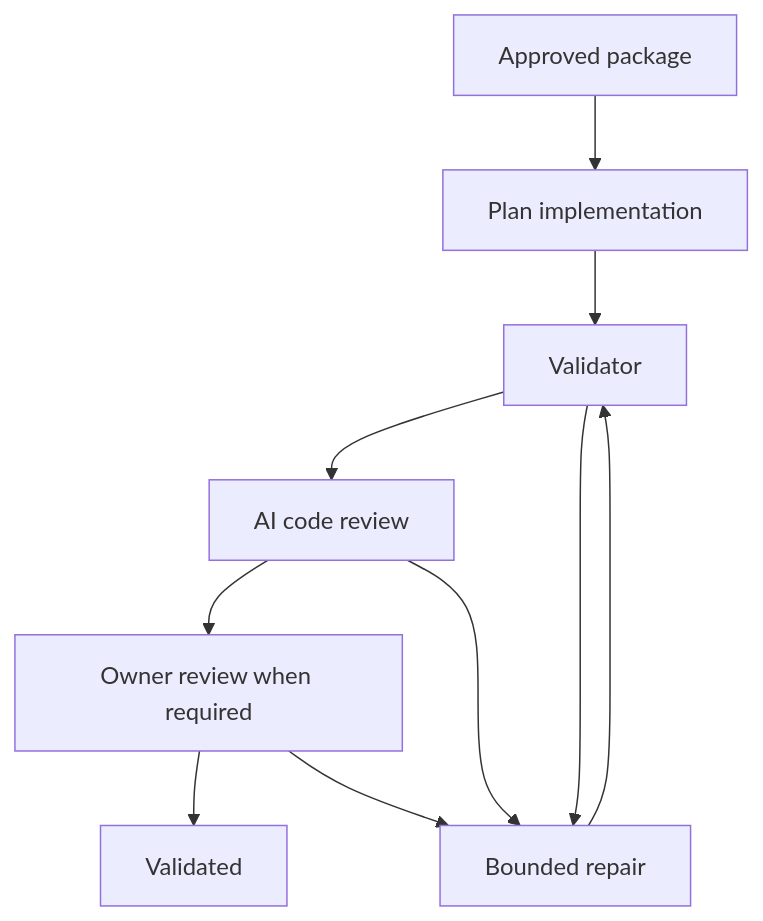
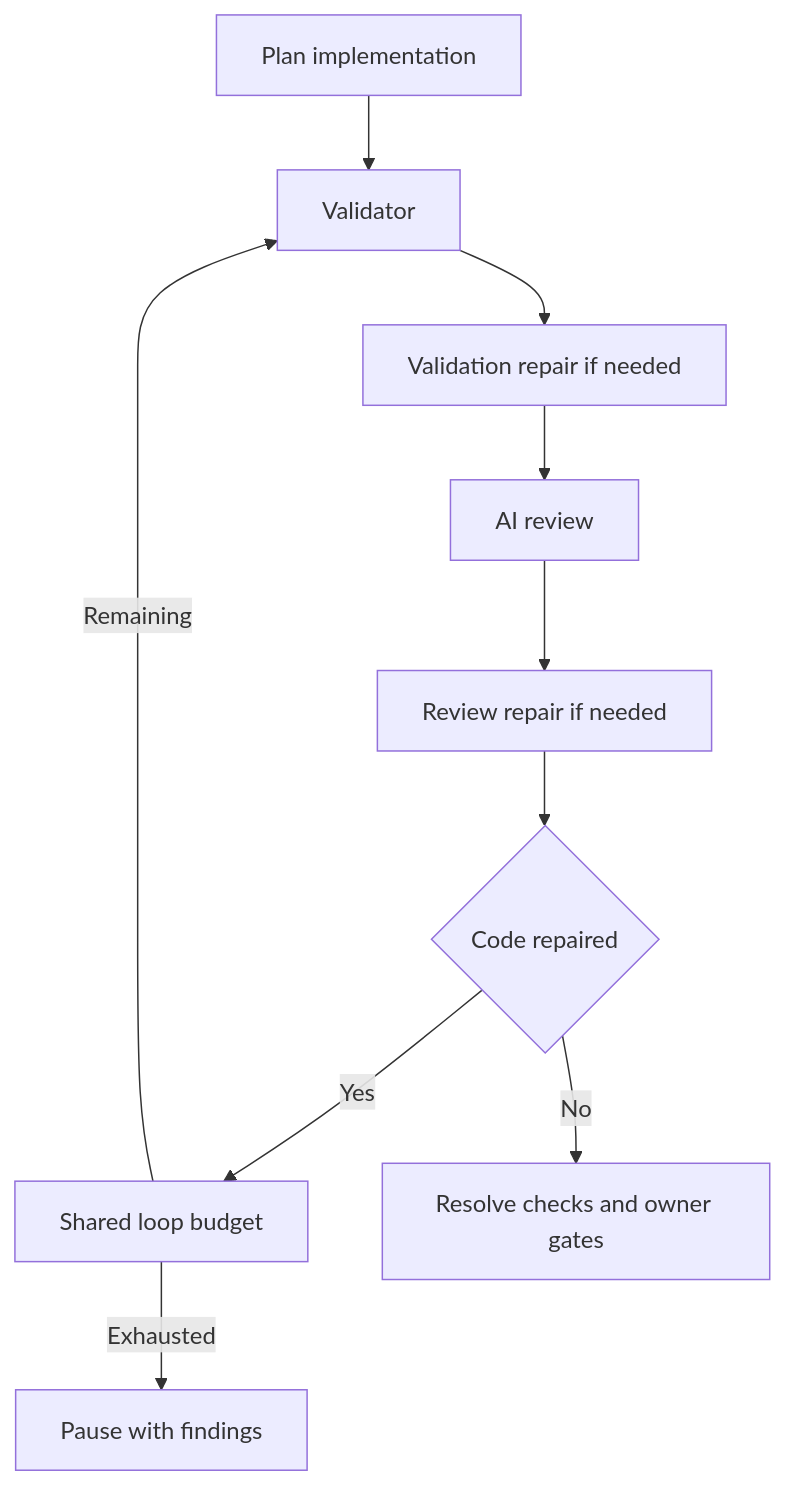
Before and after one commit to gandazgul/runwield: the first of 3 diagrams in docs/plans/plan-packages-and-independent-validation.md, drawn with Mermaid. The commit also changed other lines of this file and 2 other files, not shown here.

First line of the commit message:
Refine validation and QA requirements

````diff
--- a/docs/plans/plan-packages-and-independent-validation.md
+++ b/docs/plans/plan-packages-and-independent-validation.md
@@ -192,12 +236,12 @@
 ```mermaid
 graph TD
-    A[Approved package] --> B[Plan implementation]
-    B --> C[Validator]
-    C --> D[AI code review]
-    D --> E[Owner review when required]
-    E --> F[Validated]
-    C --> R[Bounded repair]
-    D --> R
-    E --> R
-    R --> C
+    A[Plan implementation] --> B[Validator]
+    B --> C[Validation repair if needed]
+    C --> D[AI review]
+    D --> E[Review repair if needed]
+    E --> F{Code repaired}
+    F -->|Yes| G[Shared loop budget]
+    G -->|Remaining| B
+    G -->|Exhausted| H[Pause with findings]
+    F -->|No| I[Resolve checks and owner gates]
 ```
````
